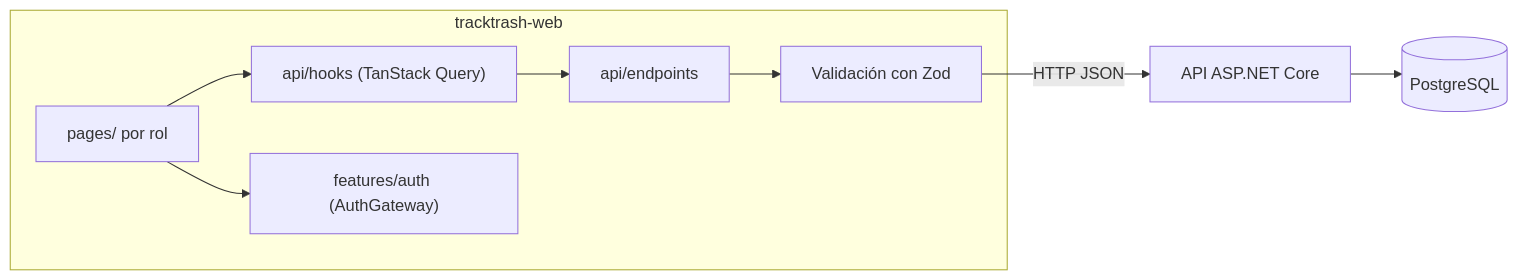
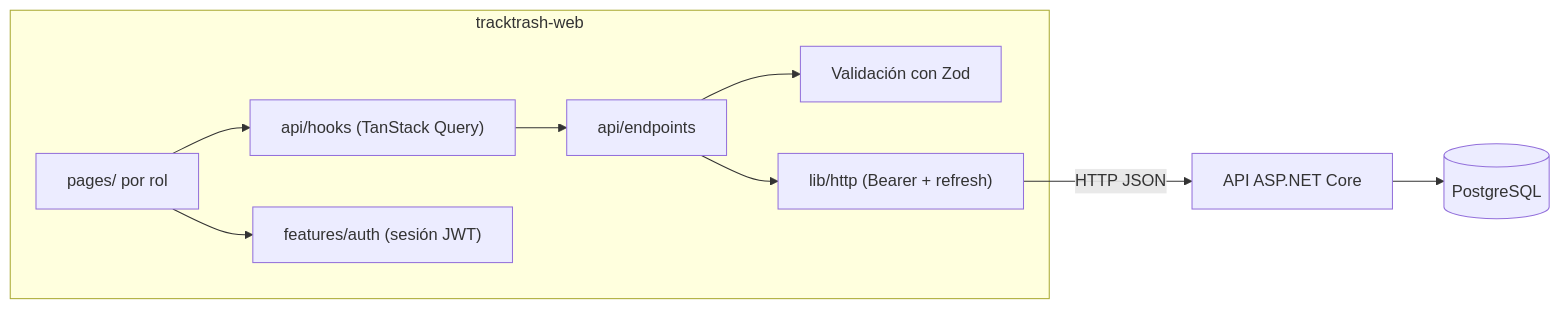
One commit to CarlosFloresDev/tracktrash-web changed the diagram in README.md. Above: the diagram before and after it, drawn with Mermaid. The commit also changed other lines of this file, not shown here.

Commit message:
docs: describe JWT sessions, applications and the updated local setup

````diff
--- a/README.md
+++ b/README.md
@@ -72,11 +73,12 @@
 ```mermaid
 flowchart LR
   subgraph Web["tracktrash-web"]
     Pages["pages/ por rol"] --> Hooks["api/hooks (TanStack Query)"]
     Hooks --> Endpoints["api/endpoints"]
     Endpoints --> Zod["Validación con Zod"]
-    Pages --> Auth["features/auth (AuthGateway)"]
+    Pages --> Auth["features/auth (sesión JWT)"]
+    Endpoints --> Http["lib/http (Bearer + refresh)"]
   end
-  Zod -->|HTTP JSON| API["API ASP.NET Core"]
+  Http -->|HTTP JSON| API["API ASP.NET Core"]
   API --> DB[("PostgreSQL")]
 ```
````
